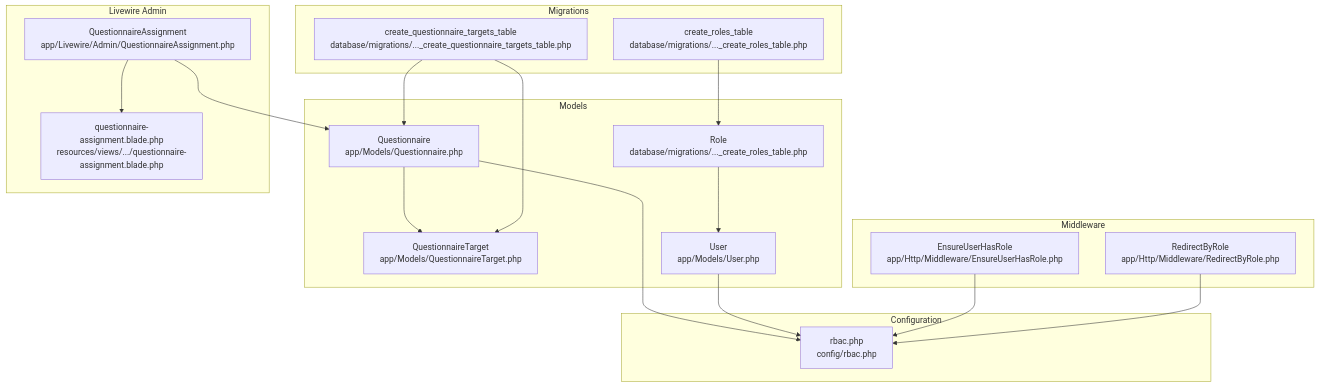
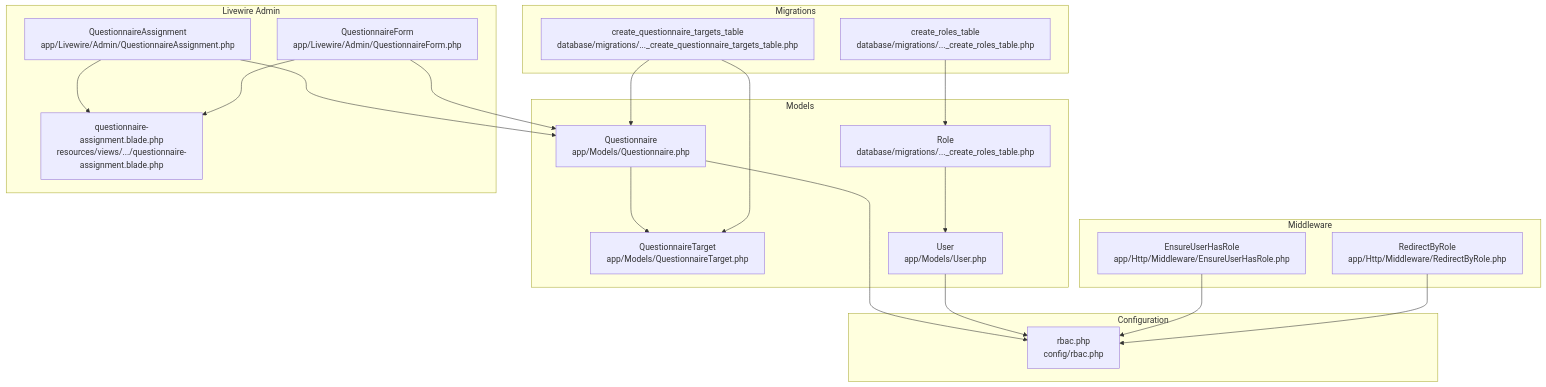
Before and after one commit to rudicatsmile/assesment360: the first of 6 diagrams in .qoder/repowiki/en/content/Core Features/Questionnaire Management/Target Group Assignment.md, drawn with Mermaid. The commit also changed other lines of this file and 6 other files, not shown here.

````diff
--- a/.qoder/repowiki/en/content/Core Features/Questionnaire Management/Target Group Assignment.md
+++ b/.qoder/repowiki/en/content/Core Features/Questionnaire Management/Target Group Assignment.md
@@ -37,35 +45,38 @@
 ```mermaid
 graph TB
 subgraph "Models"
 Q["Questionnaire<br/>app/Models/Questionnaire.php"]
 QT["QuestionnaireTarget<br/>app/Models/QuestionnaireTarget.php"]
 R["Role<br/>database/migrations/..._create_roles_table.php"]
 U["User<br/>app/Models/User.php"]
 end
 subgraph "Livewire Admin"
 QA["QuestionnaireAssignment<br/>app/Livewire/Admin/QuestionnaireAssignment.php"]
+QF["QuestionnaireForm<br/>app/Livewire/Admin/QuestionnaireForm.php"]
 V["questionnaire-assignment.blade.php<br/>resources/views/.../questionnaire-assignment.blade.php"]
 end
 subgraph "Configuration"
 CFG["rbac.php<br/>config/rbac.php"]
 end
 subgraph "Migrations"
 M1["create_questionnaire_targets_table<br/>database/migrations/..._create_questionnaire_targets_table.php"]
 M2["create_roles_table<br/>database/migrations/..._create_roles_table.php"]
 end
 subgraph "Middleware"
 RH["EnsureUserHasRole<br/>app/Http/Middleware/EnsureUserHasRole.php"]
 RB["RedirectByRole<br/>app/Http/Middleware/RedirectByRole.php"]
 end
 Q --> QT
 R --> U
 QA --> Q
 QA --> V
+QF --> Q
+QF --> V
 Q --> CFG
 U --> CFG
 RH --> CFG
 RB --> CFG
 M1 --> Q
 M1 --> QT
 M2 --> R
 ```
````
